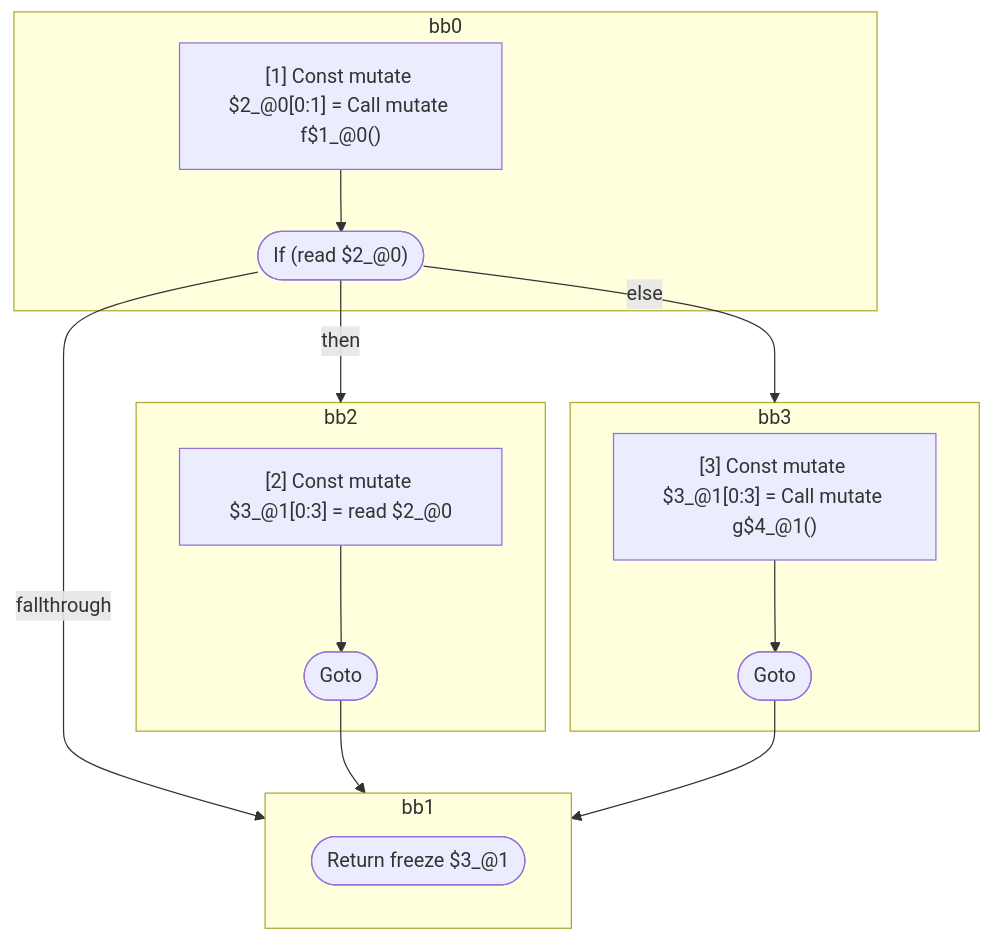
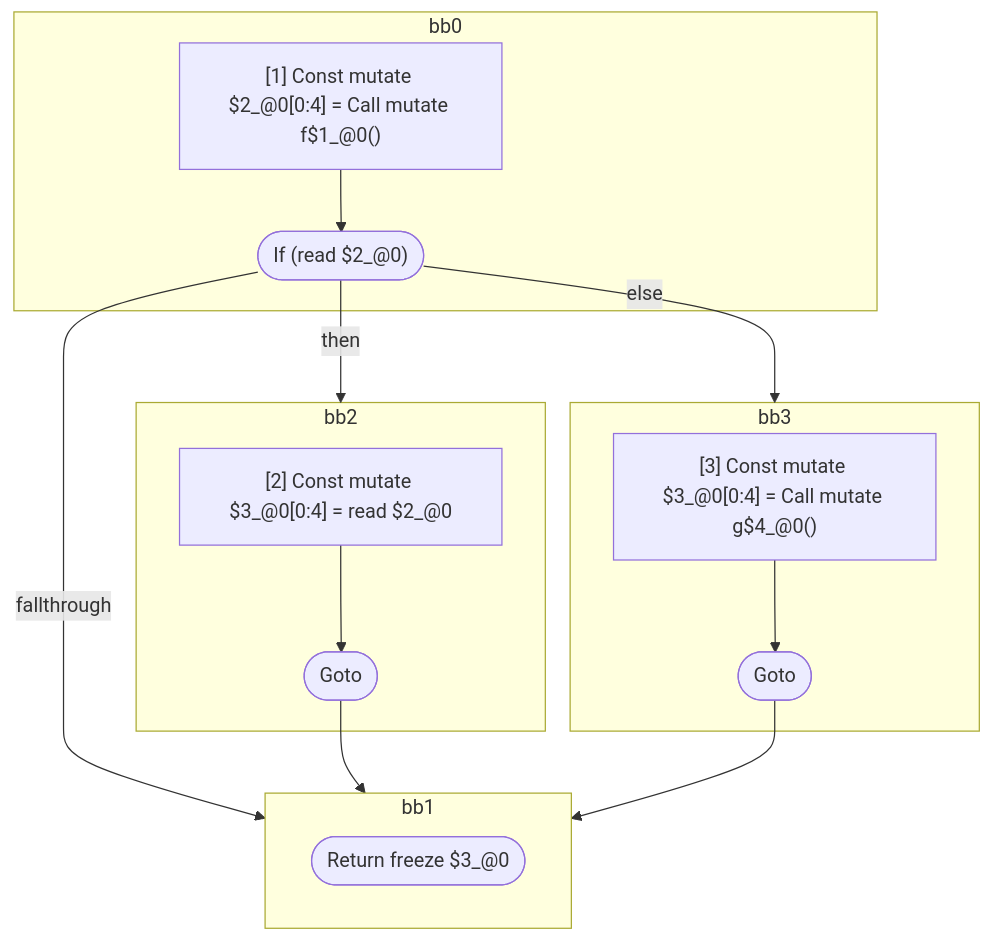
One commit to wutsmog/private changed the second of 5 diagrams in compiler/forget/src/__tests__/fixtures/hir/logical-expression.expect.md. Above: the diagram before and after it, drawn with Mermaid. The commit also changed other lines of this file and 45 other files, not shown here.

````diff
--- a/compiler/forget/src/__tests__/fixtures/hir/logical-expression.expect.md
+++ b/compiler/forget/src/__tests__/fixtures/hir/logical-expression.expect.md
@@ -109,33 +109,33 @@
 ```mermaid
 flowchart TB
   %% Basic Blocks
   subgraph bb0
     bb0_instrs["
-      [1] Const mutate $2_@0[0:1] = Call mutate f$1_@0()
+      [1] Const mutate $2_@0[0:4] = Call mutate f$1_@0()
     "]
     bb0_instrs --> bb0_terminal(["If (read $2_@0)"])
   end
   subgraph bb2
     bb2_instrs["
-      [2] Const mutate $3_@1[0:3] = read $2_@0
+      [2] Const mutate $3_@0[0:4] = read $2_@0
     "]
     bb2_instrs --> bb2_terminal(["Goto"])
   end
   subgraph bb3
     bb3_instrs["
-      [3] Const mutate $3_@1[0:3] = Call mutate g$4_@1()
+      [3] Const mutate $3_@0[0:4] = Call mutate g$4_@0()
     "]
     bb3_instrs --> bb3_terminal(["Goto"])
   end
   subgraph bb1
-    bb1_terminal(["Return freeze $3_@1"])
+    bb1_terminal(["Return freeze $3_@0"])
   end
 
   %% Jumps
   bb0_terminal -- "then" --> bb2
   bb0_terminal -- "else" --> bb3
   bb0_terminal -- "fallthrough" --> bb1
   bb2_terminal --> bb1
   bb3_terminal --> bb1
 
 ```
````
